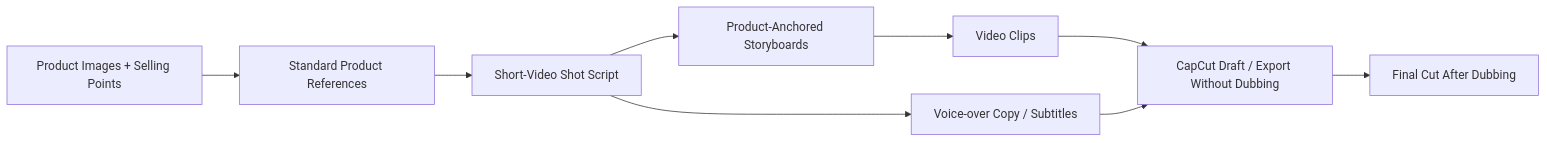
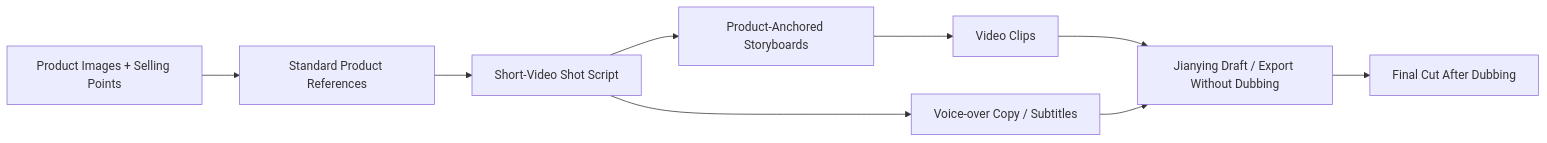
One commit to ArcReel/ArcReel changed the third of 3 diagrams in website/i18n/en/docusaurus-plugin-content-docs/current/guide/workflows.md. Above: the diagram before and after it, drawn with Mermaid. The commit also changed other lines of this file and 9 other files, not shown here.

Commit message:
docs(website): 明确剪映与 CapCut 的产品边界

````diff
--- a/website/i18n/en/docusaurus-plugin-content-docs/current/guide/workflows.md
+++ b/website/i18n/en/docusaurus-plugin-content-docs/current/guide/workflows.md
@@ -171,11 +171,11 @@
 ```mermaid
 flowchart LR
     A["Product Images + Selling Points"] --> B["Standard Product References"]
     B --> C["Short-Video Shot Script"]
     C --> D["Product-Anchored Storyboards"]
     D --> E["Video Clips"]
     C --> F["Voice-over Copy / Subtitles"]
-    E --> G["CapCut Draft / Export Without Dubbing"]
+    E --> G["Jianying Draft / Export Without Dubbing"]
     F --> G
     G --> H["Final Cut After Dubbing"]
 ```
````
